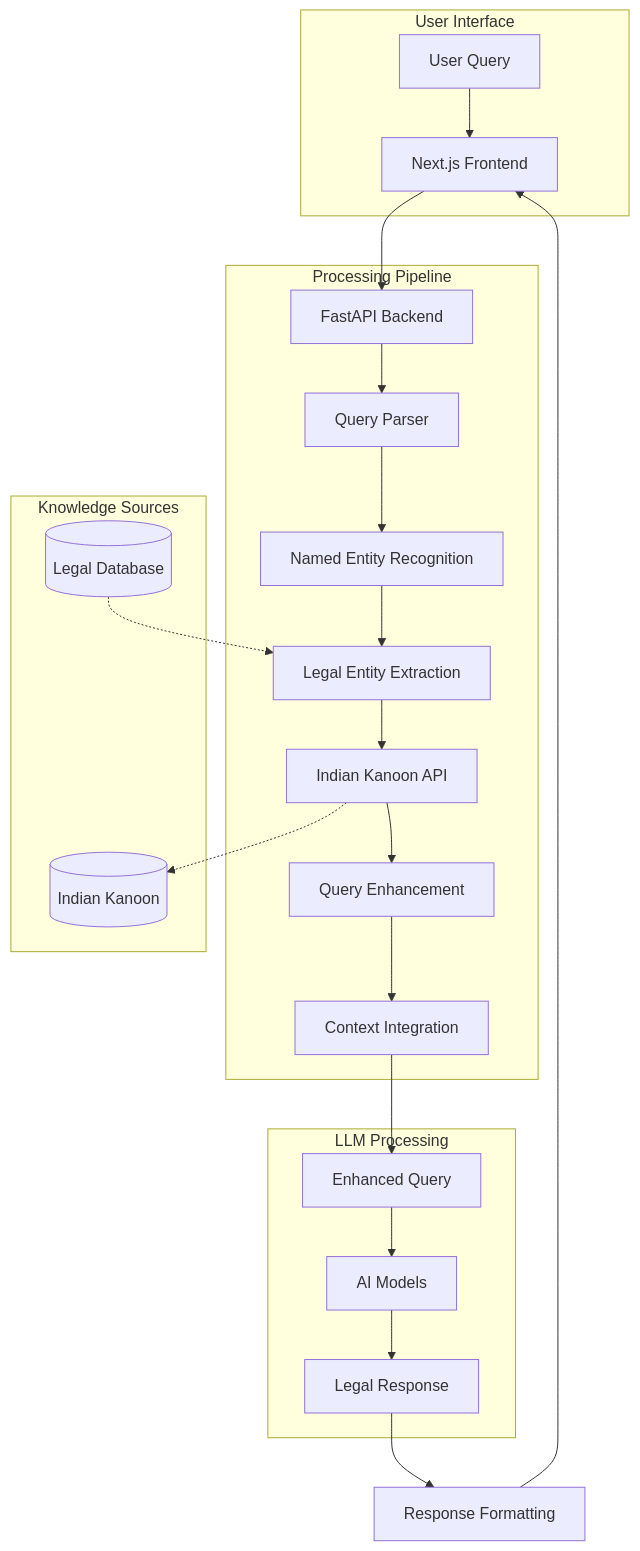
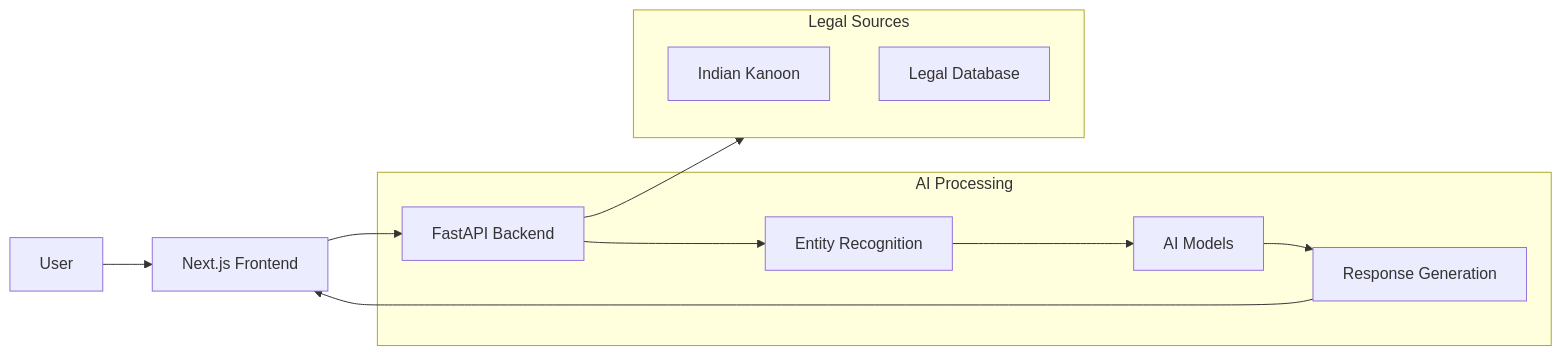
One commit to rxhulshxrmx/chat_legalist changed the diagram in README.md. Above: the diagram before and after it, drawn with Mermaid.

Commit message:
docs: Simplify system architecture diagram

````diff
--- a/README.md
+++ b/README.md
@@ -32,30 +32,19 @@
 ```mermaid
-flowchart TD
-    subgraph User["User Interface"]
-        A[User Query] --> B[Next.js Frontend]
+flowchart LR
+    User[User] --> Frontend[Next.js Frontend]
+    Frontend --> Backend[FastAPI Backend]
+    
+    subgraph AI[AI Processing]
+        Backend --> NER[Entity Recognition]
+        NER --> LLM[AI Models]
+        LLM --> Response[Response Generation]
     end
     
-    subgraph Processing["Processing Pipeline"]
-        B --> C[FastAPI Backend]
-        C --> D[Query Parser]
-        D --> E[Named Entity Recognition]
-        E --> F[Legal Entity Extraction]
-        F --> G[Indian Kanoon API]
-        G --> H[Query Enhancement]
-        H --> I[Context Integration]
+    subgraph DB[Legal Sources]
+        IK[Indian Kanoon]
+        Laws[Legal Database]
     end
     
-    subgraph LLM["LLM Processing"]
-        I --> J[Enhanced Query]
-        J --> K[AI Models]
-        K --> L[Legal Response]
-    end
-    
-    L --> M[Response Formatting]
-    M --> B
-    
-    subgraph DataStores["Knowledge Sources"]
-        N[(Legal Database)] -.-> F
-        G -.-> O[(Indian Kanoon)]
-    end
+    Backend --> DB
+    Response --> Frontend
 ```
````
